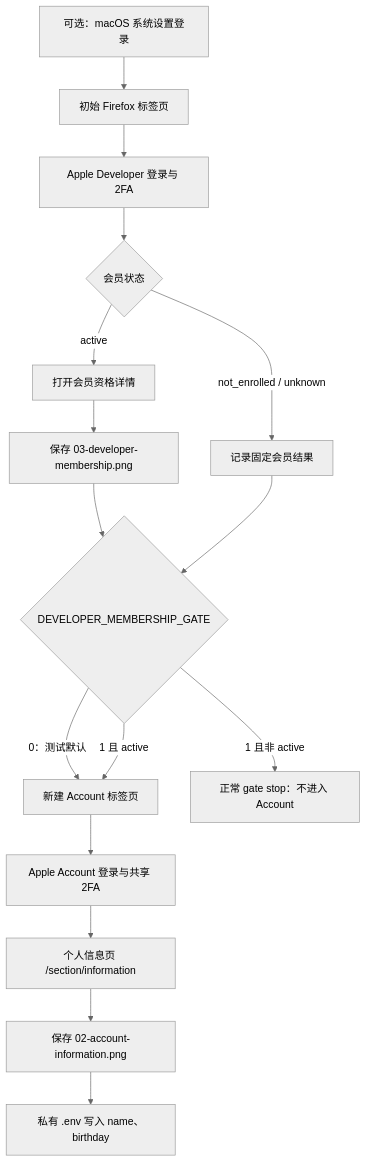
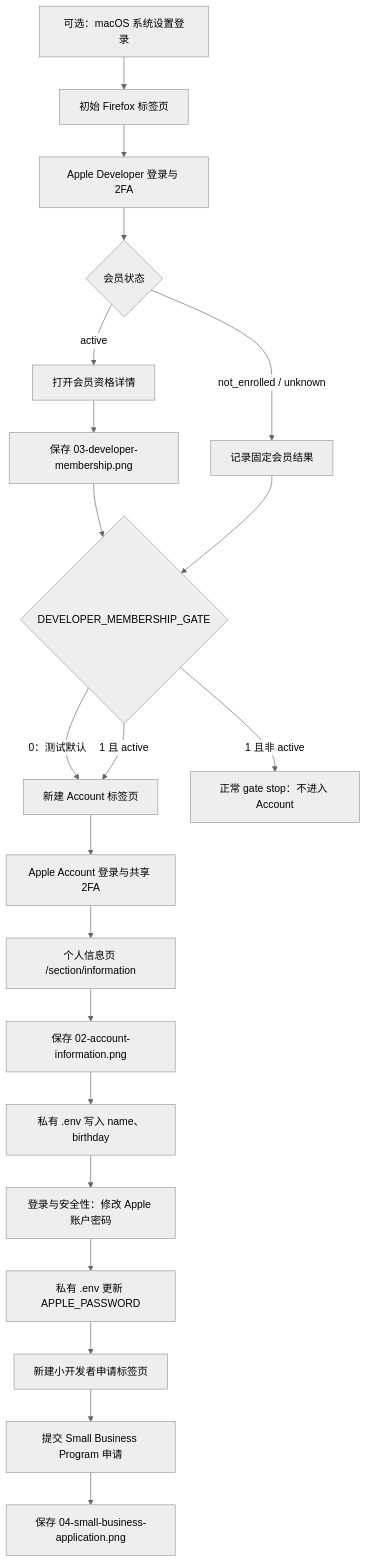
One commit to jiahaoyin/AutoMation changed the diagram in README.md. Above: the diagram before and after it, drawn with Mermaid (neutral theme). The commit also changed other lines of this file and 11 other files, not shown here.

Commit message:
feat: complete account password and small business flow

```diff
--- a/README.md
+++ b/README.md
@@ -9,18 +9,23 @@
 ~~~mermaid
 flowchart TD
     A[可选：macOS 系统设置登录] --> B[初始 Firefox 标签页]
     B --> C[Apple Developer 登录与 2FA]
     C --> D{会员状态}
     D -->|active| E[打开会员资格详情]
     E --> F[保存 03-developer-membership.png]
     D -->|not_enrolled / unknown| G[记录固定会员结果]
     F --> H{DEVELOPER_MEMBERSHIP_GATE}
     G --> H
     H -->|0：测试默认| I[新建 Account 标签页]
     H -->|1 且 active| I
     H -->|1 且非 active| J[正常 gate stop：不进入 Account]
     I --> K[Apple Account 登录与共享 2FA]
     K --> L[个人信息页 /section/information]
     L --> M[保存 02-account-information.png]
     M --> N[私有 .env 写入 name、birthday]
+    N --> O[登录与安全性：修改 Apple 账户密码]
+    O --> P[私有 .env 更新 APPLE_PASSWORD]
+    P --> Q[新建小开发者申请标签页]
+    Q --> R[提交 Small Business Program 申请]
+    R --> S[保存 04-small-business-application.png]
 ~~~
```
